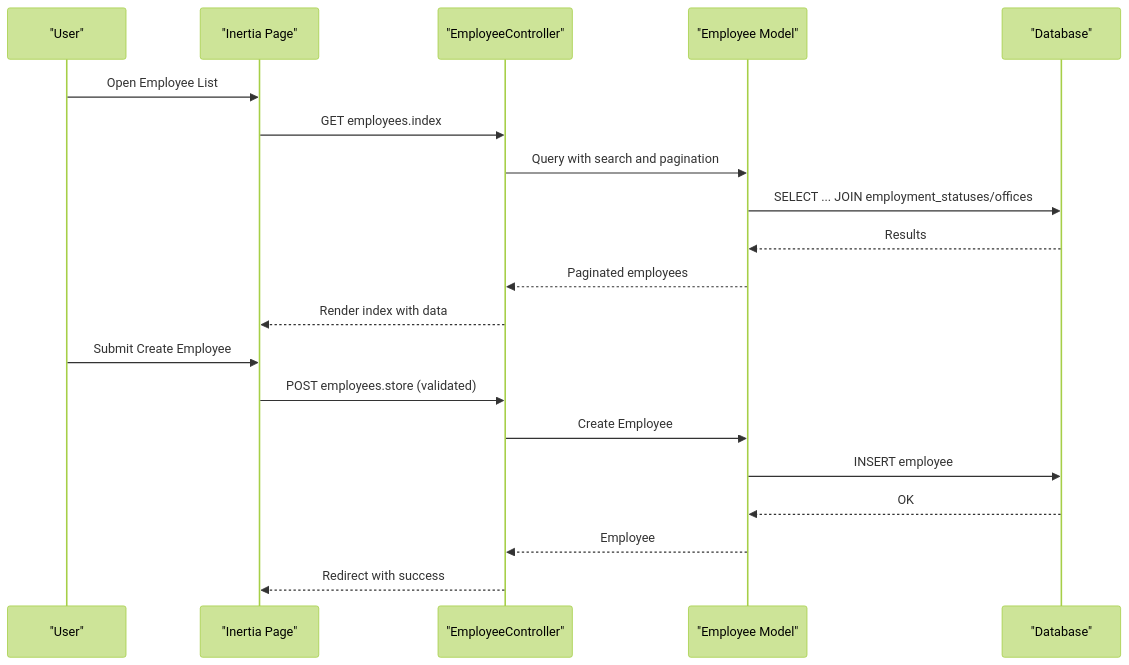
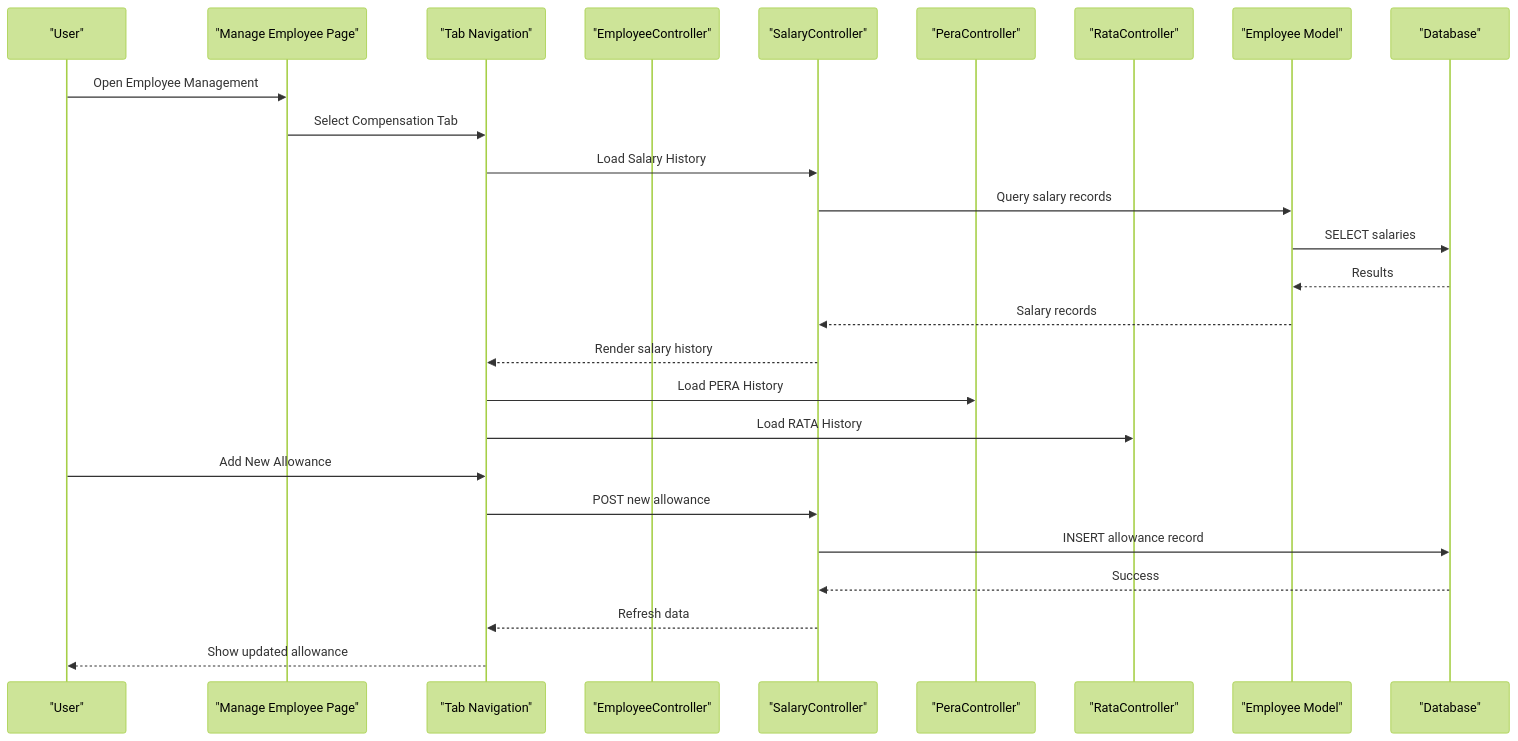
The second of 8 diagrams in .qoder/repowiki/en/content/Employee Management/Employee Management.md (vincet0t15/template), drawn with Mermaid (forest theme) before and after one commit. The commit also changed other lines of this file and 7 other files, not shown here.

````diff
--- a/.qoder/repowiki/en/content/Employee Management/Employee Management.md
+++ b/.qoder/repowiki/en/content/Employee Management/Employee Management.md
@@ -129,22 +146,28 @@
 ```mermaid
 sequenceDiagram
 participant U as "User"
-participant FE as "Inertia Page"
+participant FE as "Manage Employee Page"
+participant TAB as "Tab Navigation"
 participant CTRL as "EmployeeController"
+participant SAL_CTRL as "SalaryController"
+participant PERA_CTRL as "PeraController"
+participant RATA_CTRL as "RataController"
 participant MODEL as "Employee Model"
 participant DB as "Database"
-U->>FE : Open Employee List
-FE->>CTRL : GET employees.index
-CTRL->>MODEL : Query with search and pagination
-MODEL->>DB : SELECT ... JOIN employment_statuses/offices
+U->>FE : Open Employee Management
+FE->>TAB : Select Compensation Tab
+TAB->>SAL_CTRL : Load Salary History
+SAL_CTRL->>MODEL : Query salary records
+MODEL->>DB : SELECT salaries
 DB-->>MODEL : Results
-MODEL-->>CTRL : Paginated employees
-CTRL-->>FE : Render index with data
-U->>FE : Submit Create Employee
-FE->>CTRL : POST employees.store (validated)
-CTRL->>MODEL : Create Employee
-MODEL->>DB : INSERT employee
-DB-->>MODEL : OK
-MODEL-->>CTRL : Employee
-CTRL-->>FE : Redirect with success
+MODEL-->>SAL_CTRL : Salary records
+SAL_CTRL-->>TAB : Render salary history
+TAB->>PERA_CTRL : Load PERA History
+TAB->>RATA_CTRL : Load RATA History
+U->>TAB : Add New Allowance
+TAB->>SAL_CTRL : POST new allowance
+SAL_CTRL->>DB : INSERT allowance record
+DB-->>SAL_CTRL : Success
+SAL_CTRL-->>TAB : Refresh data
+TAB-->>U : Show updated allowance
 ```
````
